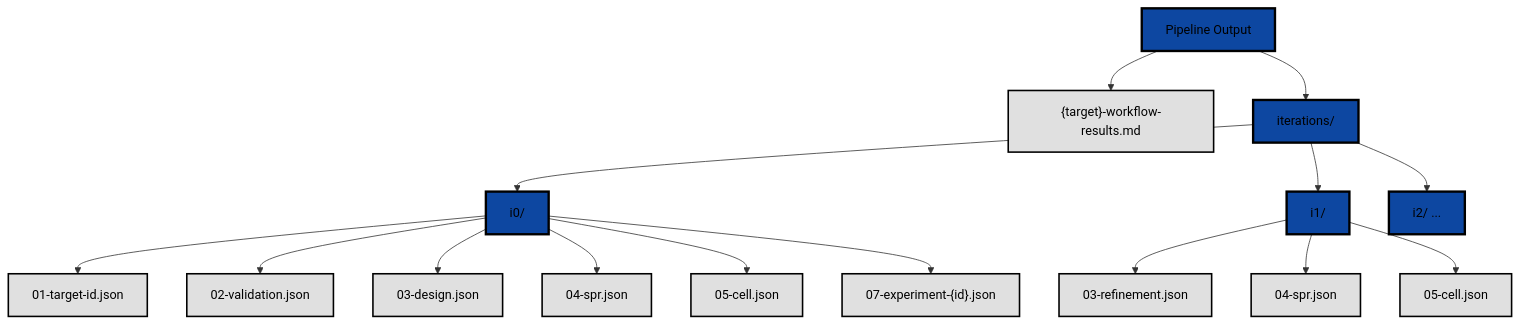
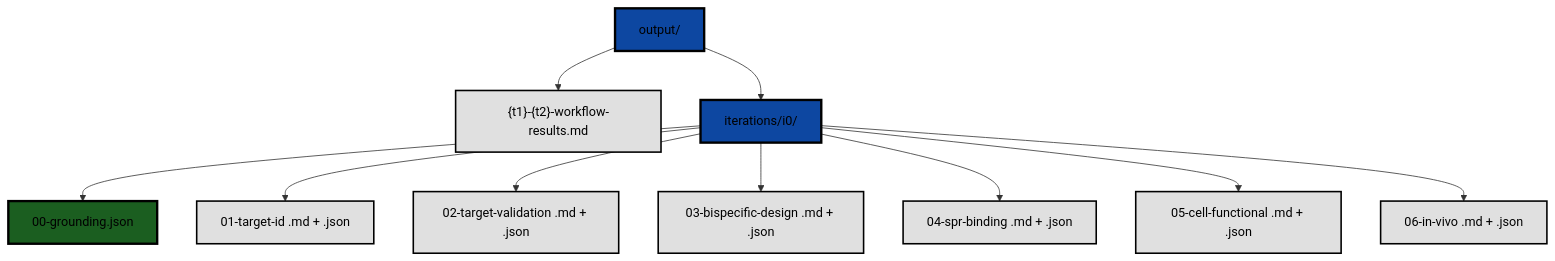
Before and after one commit to peterydkim/drug-discovery-bispecific-agents: the third of 3 diagrams in README.md, drawn with Mermaid. The commit also changed other lines of this file, not shown here.

Commit message:
Correct the output-structure diagram to the filenames the code writes
The diagram claimed 02-validation.json, 03-design.json, 04-spr.json and
05-cell.json. The runner writes 02-target-validation.json,
03-bispecific-design.json, 04-spr-binding.json and 05-cell-functional.json,
omitted 06 entirely, showed neither the markdown reports nor 00-grounding.json,
and depicted i1/i2 iteration directories and module 07 experiment files that the
single-pass CLI runner never produces.

This was the same defect the review documents elsewhere: a diagram describing
behaviour the code does not have. Now generated against AGENT_SEQUENCE and
checked both ways — nothing in the diagram is unproduced, nothing produced is
missing from the diagram.

Also label the first two diagrams with which runner they describe, since the
refinement loop exists in the app and not in the CLI, and replace the stale
"pip install openai" requirement: the runner is stdlib-only now.

````diff
--- a/README.md
+++ b/README.md
@@ -153,22 +161,19 @@
 ```mermaid
 graph TD
-    ROOT["Pipeline Output"] --> FINAL["{target}-workflow-results.md"]
-    ROOT --> ITER["iterations/"]
-    ITER --> I0["i0/"]
-    ITER --> I1["i1/"]
-    ITER --> I2["i2/ ..."]
-    I0 --> F1["01-target-id.json"]
-    I0 --> F2["02-validation.json"]
-    I0 --> F3["03-design.json"]
-    I0 --> F4["04-spr.json"]
-    I0 --> F5["05-cell.json"]
-    I0 --> F6["07-experiment-{id}.json"]
-    I1 --> R1["03-refinement.json"]
-    I1 --> R2["04-spr.json"]
-    I1 --> R3["05-cell.json"]
+    ROOT["output/"] --> FINAL["{t1}-{t2}-workflow-results.md"]
+    ROOT --> ITER["iterations/i0/"]
+    ITER --> G["00-grounding.json"]
+    ITER --> A1["01-target-id .md + .json"]
+    ITER --> A2["02-target-validation .md + .json"]
+    ITER --> A3["03-bispecific-design .md + .json"]
+    ITER --> A4["04-spr-binding .md + .json"]
+    ITER --> A5["05-cell-functional .md + .json"]
+    ITER --> A6["06-in-vivo .md + .json"]
 
     classDef dir fill:#0D47A1,stroke:#000000,stroke-width:3px,color:#000000
     classDef file fill:#E0E0E0,stroke:#000000,stroke-width:2px,color:#000000
-    class ROOT,ITER,I0,I1,I2 dir
-    class FINAL,F1,F2,F3,F4,F5,F6,R1,R2,R3 file
+    classDef ground fill:#1B5E20,stroke:#000000,stroke-width:3px,color:#000000
+    class ROOT,ITER dir
+    class FINAL,A1,A2,A3,A4,A5,A6 file
+    class G ground
 ```
````
